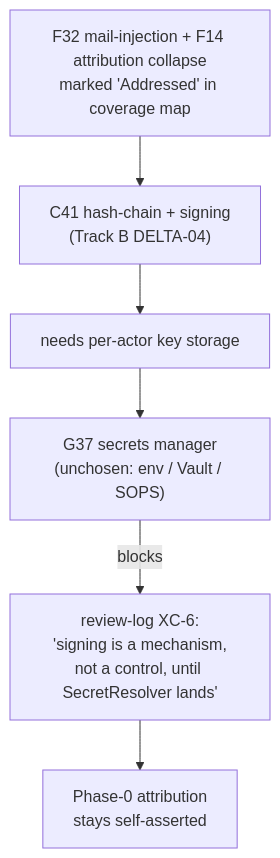
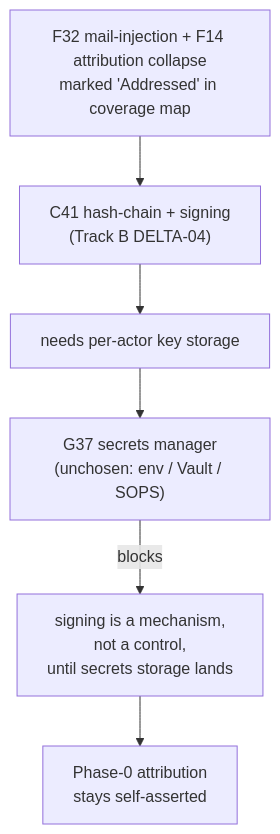
Before and after one commit to lago-morph/software-factory: the second of 3 diagrams in architectures/v4/optimized-differences.md, drawn with Mermaid. The commit also changed other lines of this file, not shown here.

First line of the commit message:
v4 optimized-differences: apply 11 amendments from adversarial review

````diff
--- a/architectures/v4/optimized-differences.md
+++ b/architectures/v4/optimized-differences.md
@@ -91,14 +91,14 @@
 ```mermaid
 flowchart TD
     F["F32 mail-injection + F14 attribution collapse<br/>marked 'Addressed' in coverage map"]
     C41["C41 hash-chain + signing<br/>(Track B DELTA-04)"]
     KEYS["needs per-actor key storage"]
     G37["G37 secrets manager<br/>(unchosen: env / Vault / SOPS)"]
-    XC6["review-log XC-6:<br/>'signing is a mechanism,<br/>not a control, until SecretResolver lands'"]
+    BLOCK["signing is a mechanism,<br/>not a control,<br/>until secrets storage lands"]
     PHASE0["Phase-0 attribution<br/>stays self-asserted"]
     F --> C41
     C41 --> KEYS
     KEYS --> G37
-    G37 -->|blocks| XC6
-    XC6 --> PHASE0
+    G37 -->|blocks| BLOCK
+    BLOCK --> PHASE0
 ```
````
